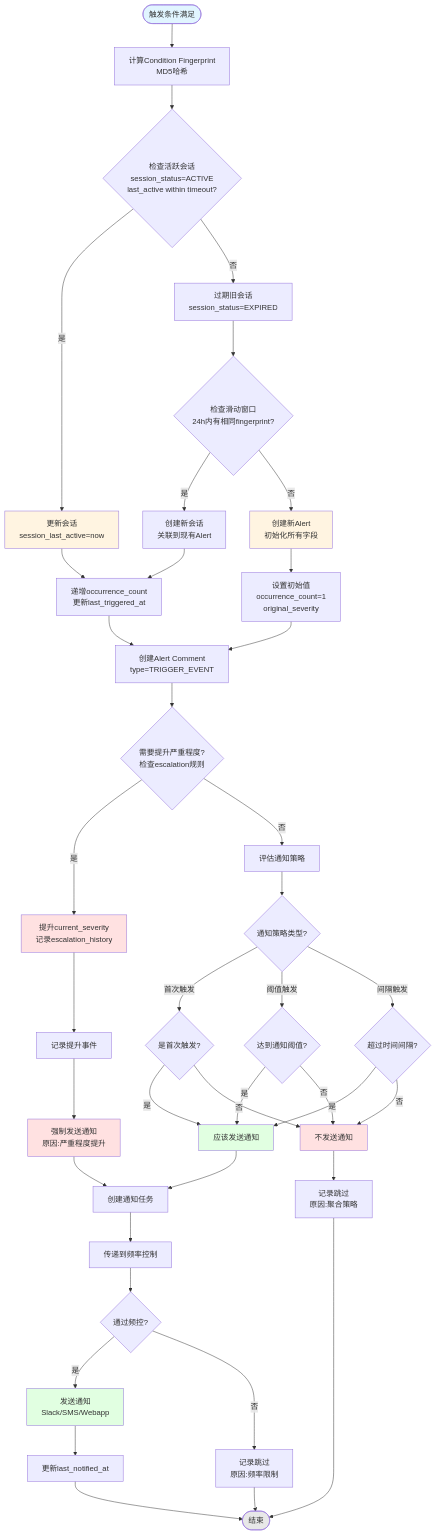
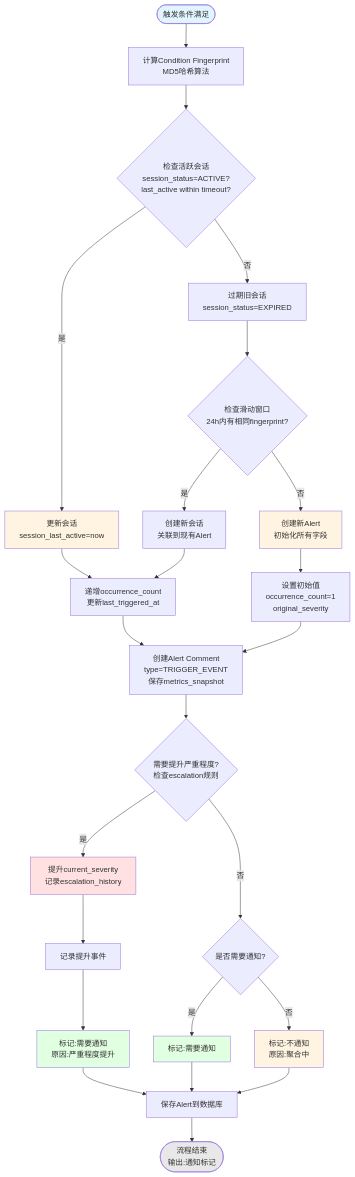
The seventh of 10 diagrams in AlertSystemDesign_CN.md (smarttttttt/AwxSentinel), drawn with Mermaid before and after one commit. The commit also changed other lines of this file and 1 other file, not shown here.

Commit message:
refactor: split alert aggregation flow into two separate diagrams
Changes:
- Split section 3.6.2 into two focused diagrams for better clarity
  - 3.6.2: Alert Aggregation Logic Flow (session management, escalation)
  - 3.6.3: Notification Sending and Frequency Control Flow
- Renumbered subsequent sections (3.6.3→3.6.4, 3.6.4→3.6.5)

Diagram 1 - Alert Aggregation Logic:
- Condition fingerprint calculation
- Session-based aggregation (active/expired)
- Sliding window check
- Alert creation/update logic
- Severity escalation evaluation
- Notification mark output

Diagram 2 - Notification & Frequency Control:
- Notification strategy evaluation (first/threshold/interval)
- Frequency control check with Redis
- Multi-channel sending (Slack/SMS/Webapp)
- Multiple exit paths (skip/strategy block/frequency block/success)

Benefits:
- Clear separation of concerns
- Easier to understand each flow independently
- Better documentation structure

Updated Files:
- AlertSystemDesign_CN.md: Chinese version with split diagrams
- AlertSystemDesign_EN.md: English version with split diagrams

🤖 Generated with [Claude Code](https://claude.com/claude-code)

````diff
--- a/AlertSystemDesign_CN.md
+++ b/AlertSystemDesign_CN.md
@@ -391,70 +391,46 @@
 ```mermaid
 flowchart TD
-    Start([触发条件满足]) --> CalcFingerprint[计算Condition Fingerprint<br/>MD5哈希]
-    CalcFingerprint --> CheckSession{检查活跃会话<br/>session_status=ACTIVE<br/>last_active within timeout?}
+    Start([触发条件满足]) --> CalcFingerprint[计算Condition Fingerprint<br/>MD5哈希算法]
+    CalcFingerprint --> CheckSession{检查活跃会话<br/>session_status=ACTIVE?<br/>last_active within timeout?}
 
     CheckSession -->|是| UpdateSession[更新会话<br/>session_last_active=now]
     CheckSession -->|否| ExpireOldSession[过期旧会话<br/>session_status=EXPIRED]
 
     ExpireOldSession --> CheckWindow{检查滑动窗口<br/>24h内有相同fingerprint?}
 
     CheckWindow -->|是| CreateNewSession[创建新会话<br/>关联到现有Alert]
     CheckWindow -->|否| CreateNewAlert[创建新Alert<br/>初始化所有字段]
 
     UpdateSession --> IncrementCount[递增occurrence_count<br/>更新last_triggered_at]
     CreateNewSession --> IncrementCount
     CreateNewAlert --> SetInitialValues[设置初始值<br/>occurrence_count=1<br/>original_severity]
 
-    SetInitialValues --> CreateComment
-    IncrementCount --> CreateComment[创建Alert Comment<br/>type=TRIGGER_EVENT]
+    SetInitialValues --> CreateComment[创建Alert Comment<br/>type=TRIGGER_EVENT<br/>保存metrics_snapshot]
+    IncrementCount --> CreateComment
 
     CreateComment --> CheckEscalation{需要提升严重程度?<br/>检查escalation规则}
 
     CheckEscalation -->|是| EscalateSeverity[提升current_severity<br/>记录escalation_history]
-    CheckEscalation -->|否| EvalNotification[评估通知策略]
+    CheckEscalation -->|否| DecideNotify{是否需要通知?}
 
     EscalateSeverity --> LogEscalation[记录提升事件]
-    LogEscalation --> ForceNotify[强制发送通知<br/>原因:严重程度提升]
+    LogEscalation --> ForceNotify[标记:需要通知<br/>原因:严重程度提升]
 
-    EvalNotification --> StrategyType{通知策略类型?}
+    DecideNotify -->|是| NeedNotify[标记:需要通知]
+    DecideNotify -->|否| NoNotify[标记:不通知<br/>原因:聚合中]
 
-    StrategyType -->|首次触发| CheckFirst{是首次触发?}
-    StrategyType -->|阈值触发| CheckThreshold{达到通知阈值?}
-    StrategyType -->|间隔触发| CheckInterval{超过时间间隔?}
+    ForceNotify --> SaveAlert[保存Alert到数据库]
+    NeedNotify --> SaveAlert
+    NoNotify --> SaveAlert
 
-    CheckFirst -->|是| ShouldNotify[应该发送通知]
-    CheckFirst -->|否| NoNotify[不发送通知]
-
-    CheckThreshold -->|是| ShouldNotify
-    CheckThreshold -->|否| NoNotify
-
-    CheckInterval -->|是| ShouldNotify
-    CheckInterval -->|否| NoNotify
-
-    ForceNotify --> CreateNotifTask[创建通知任务]
-    ShouldNotify --> CreateNotifTask
-
-    CreateNotifTask --> FreqControl[传递到频率控制]
-    FreqControl --> FreqCheck{通过频控?}
-
-    FreqCheck -->|是| SendNotif[发送通知<br/>Slack/SMS/Webapp]
-    FreqCheck -->|否| LogSkip[记录跳过<br/>原因:频率限制]
-
-    SendNotif --> UpdateNotifStatus[更新last_notified_at]
-    LogSkip --> EndFlow([结束])
-
-    NoNotify --> LogNoNotif[记录跳过<br/>原因:聚合策略]
-    LogNoNotif --> EndFlow
-
-    UpdateNotifStatus --> EndFlow
+    SaveAlert --> End([流程结束<br/>输出:通知标记])
 
     style Start fill:#e1f5ff
     style CreateNewAlert fill:#fff4e1
     style UpdateSession fill:#fff4e1
     style EscalateSeverity fill:#ffe1e1
-    style ForceNotify fill:#ffe1e1
-    style ShouldNotify fill:#e1ffe1
-    style NoNotify fill:#ffe1e1
-    style SendNotif fill:#e1ffe1
-    style EndFlow fill:#e8e8e8
+    style ForceNotify fill:#e1ffe1
+    style NeedNotify fill:#e1ffe1
+    style NoNotify fill:#fff4e1
+    style End fill:#e8e8e8
 ```
````
